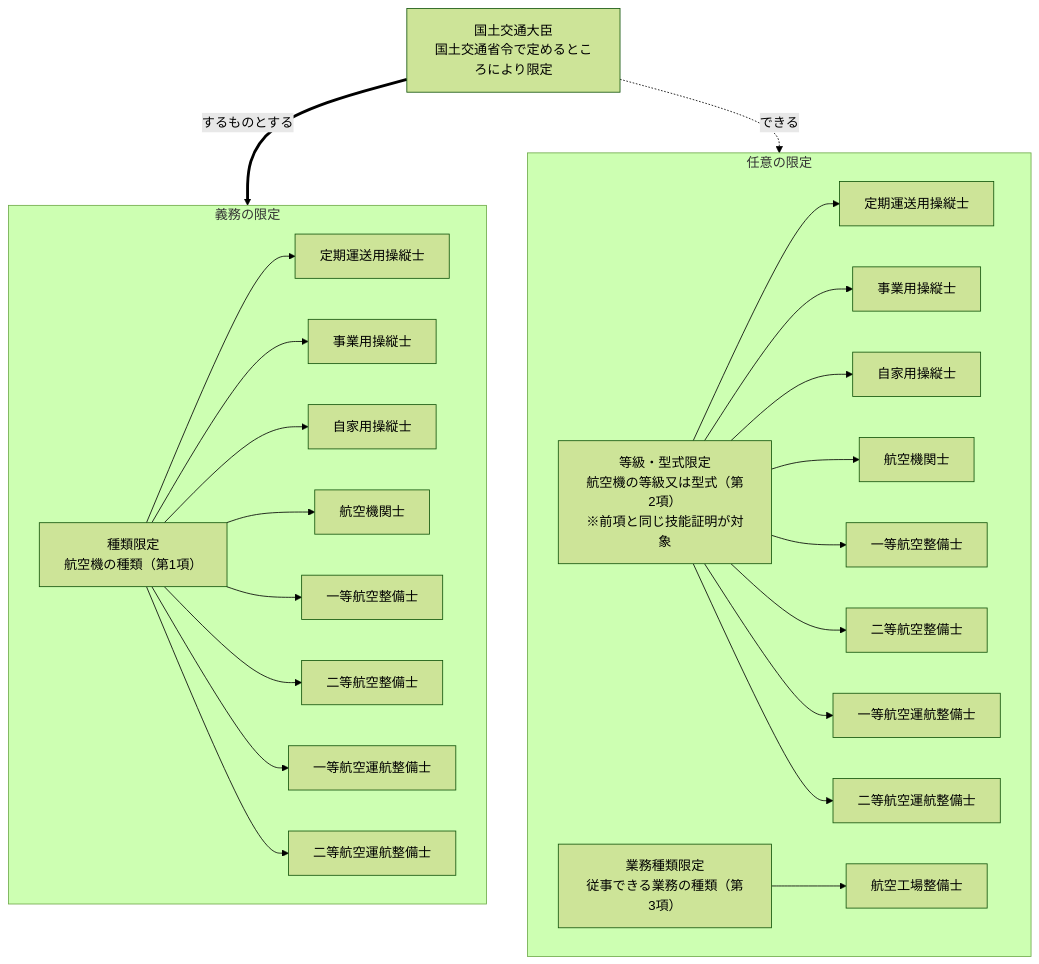
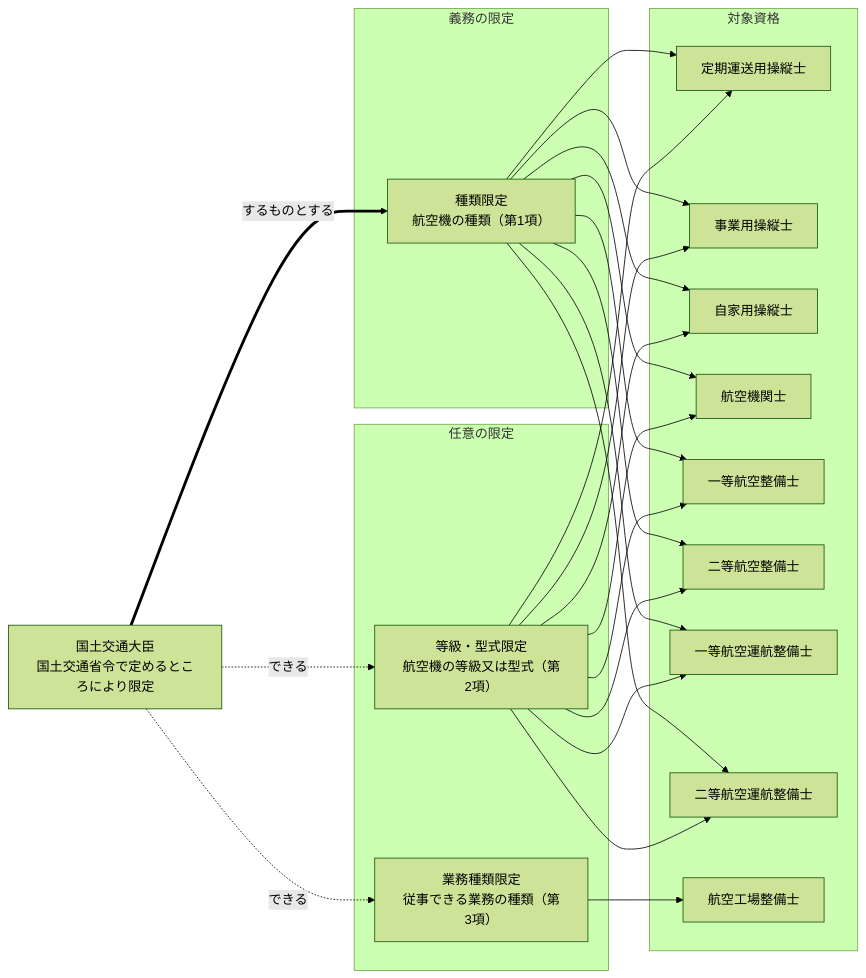
One commit to yonemotoBB/pil changed the second of 18 diagrams in chapters/04_第四章.md. Above: the diagram before and after it, drawn with Mermaid (forest theme).

Commit message:
第二十五条の図 限定と対象を別サブグラフに分離

````diff
--- a/chapters/04_第四章.md
+++ b/chapters/04_第四章.md
@@ -207,32 +207,32 @@
 ```mermaid
-flowchart TD
+flowchart LR
     M["国土交通大臣<br>国土交通省令で定めるところにより限定"]
-    M == するものとする ==> 義務の限定
-    M -. できる .-> 任意の限定
 
     subgraph 義務の限定
         G1["種類限定<br>航空機の種類（第1項）"]
-        G1 --> A1["定期運送用操縦士"]
-        G1 --> A2["事業用操縦士"]
-        G1 --> A3["自家用操縦士"]
-        G1 --> A4["航空機関士"]
-        G1 --> A5["一等航空整備士"]
-        G1 --> A6["二等航空整備士"]
-        G1 --> A7["一等航空運航整備士"]
-        G1 --> A8["二等航空運航整備士"]
+    end
+    subgraph 任意の限定
+        G2["等級・型式限定<br>航空機の等級又は型式（第2項）"]
+        G3["業務種類限定<br>従事できる業務の種類（第3項）"]
     end
 
-    subgraph 任意の限定
-        G2["等級・型式限定<br>航空機の等級又は型式（第2項）<br>※前項と同じ技能証明が対象"]
-        G2 --> B1["定期運送用操縦士"]
-        G2 --> B2["事業用操縦士"]
-        G2 --> B3["自家用操縦士"]
-        G2 --> B4["航空機関士"]
-        G2 --> B5["一等航空整備士"]
-        G2 --> B6["二等航空整備士"]
-        G2 --> B7["一等航空運航整備士"]
-        G2 --> B8["二等航空運航整備士"]
-        G3["業務種類限定<br>従事できる業務の種類（第3項）"]
-        G3 --> C1["航空工場整備士"]
+    subgraph 対象資格
+        P1["定期運送用操縦士"]
+        P2["事業用操縦士"]
+        P3["自家用操縦士"]
+        P4["航空機関士"]
+        P5["一等航空整備士"]
+        P6["二等航空整備士"]
+        P7["一等航空運航整備士"]
+        P8["二等航空運航整備士"]
+        P9["航空工場整備士"]
     end
+
+    M == するものとする ==> G1
+    M -. できる .-> G2
+    M -. できる .-> G3
+
+    G1 --> P1 & P2 & P3 & P4 & P5 & P6 & P7 & P8
+    G2 --> P1 & P2 & P3 & P4 & P5 & P6 & P7 & P8
+    G3 --> P9
 ```
````
